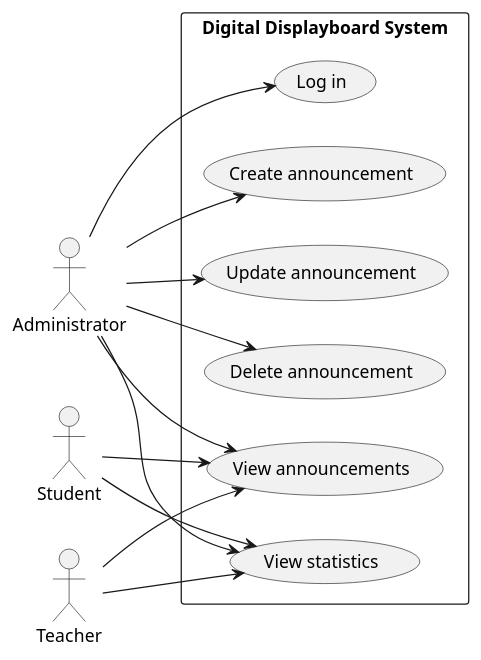
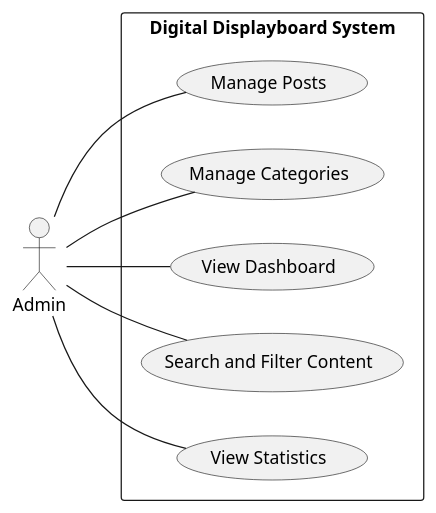
Before and after one commit to AbderrafieElmrabet/red-thread-project: the diagram in planning/use case diagram/general-use-case-diagram.puml, drawn with PlantUML. The commit also changed 6 other files, not shown here.

```diff
--- a/planning/use case diagram/general-use-case-diagram.puml
+++ b/planning/use case diagram/general-use-case-diagram.puml
@@ -1,23 +1,11 @@
 @startuml
+actor Admin
 left to right direction
-
-actor Administrator
-actor Student
-actor Teacher
-
 rectangle "Digital Displayboard System" {
-    Administrator --> (Log in)
-    Administrator --> (Create announcement)
-    Administrator --> (Update announcement)
-    Administrator --> (Delete announcement)
-    Administrator --> (View announcements)
-    Administrator --> (View statistics)
-
-    Student --> (View announcements)
-    Student --> (View statistics)
-
-    Teacher --> (View announcements)
-    Teacher --> (View statistics)
+    Admin -- (Manage Posts)
+    Admin -- (Manage Categories)
+    Admin -- (View Dashboard)
+    Admin -- (Search and Filter Content)
+    Admin -- (View Statistics)
 }
-
 @enduml
```
